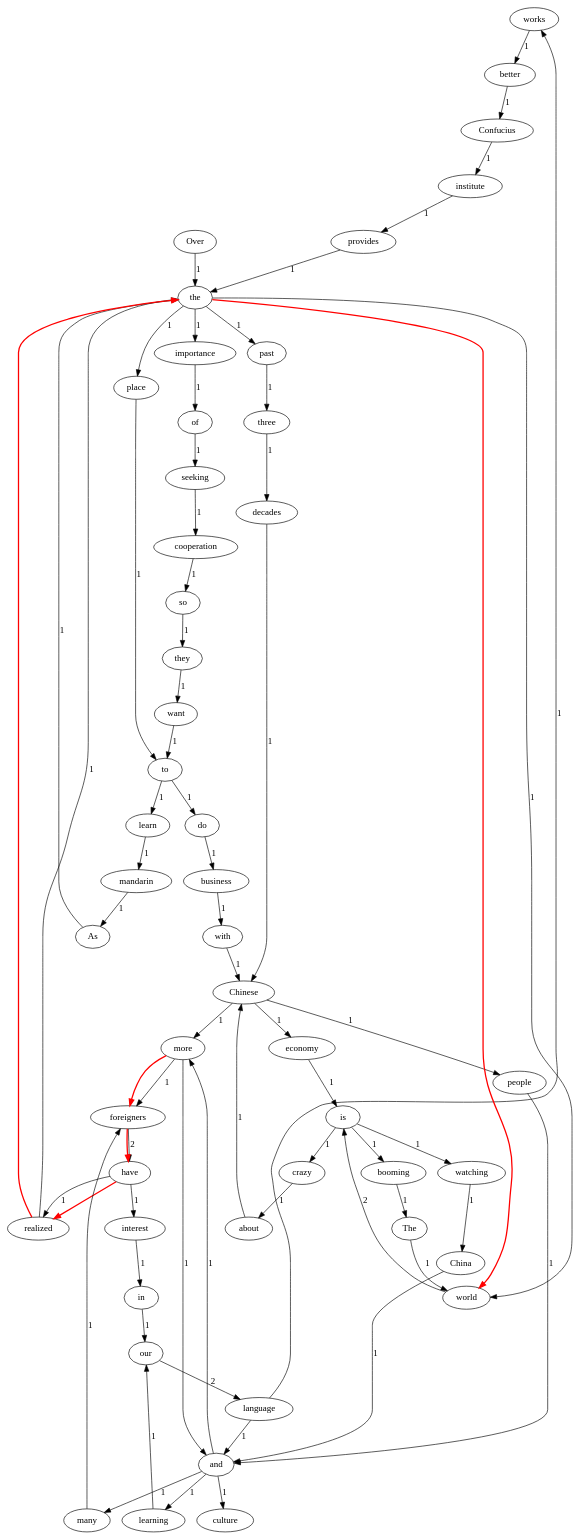
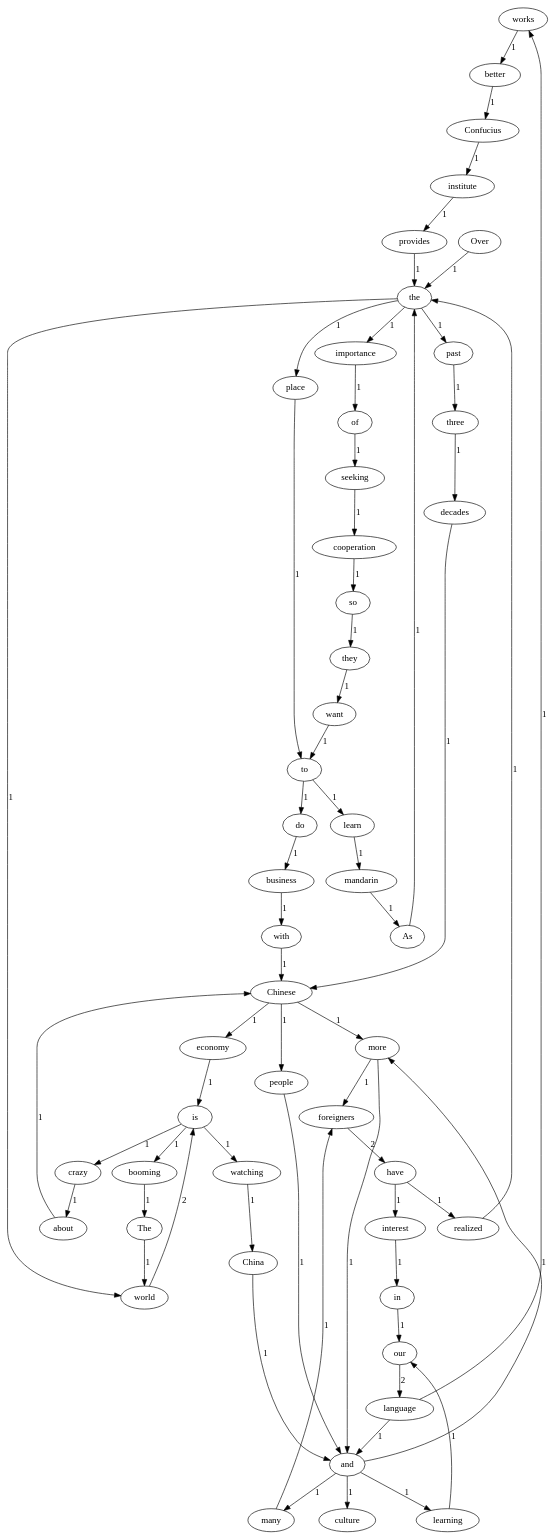
Before and after one commit to mlx111/lab1-2021112715: the diagram in dotsource.dot, drawn with Graphviz. The commit also changed 1 other file, not shown here.

```diff
--- a/dotsource.dot
+++ b/dotsource.dot
@@ -1,7 +1,2 @@
 digraph G {
-works->better[label="1"];foreigners->have[label="2"];importance->of[label="1"];about->Chinese[label="1"];learning->our[label="1"];language->works[label="1"];language->and[label="1"];do->business[label="1"];booming->The[label="1"];three->decades[label="1"];watching->China[label="1"];our->language[label="2"];The->world[label="1"];Over->the[label="1"];As->the[label="1"];world->is[label="2"];Confucius->institute[label="1"];interest->in[label="1"];China->and[label="1"];and->more[label="1"];and->culture[label="1"];and->learning[label="1"];and->many[label="1"];provides->the[label="1"];of->seeking[label="1"];have->interest[label="1"];have->realized[label="1"];place->to[label="1"];so->they[label="1"];they->want[label="1"];cooperation->so[label="1"];mandarin->As[label="1"];business->with[label="1"];learn->mandarin[label="1"];in->our[label="1"];past->three[label="1"];more->foreigners[label="1"];more->and[label="1"];want->to[label="1"];is->crazy[label="1"];is->booming[label="1"];is->watching[label="1"];realized->the[label="1"];economy->is[label="1"];many->foreigners[label="1"];seeking->cooperation[label="1"];people->and[label="1"];the->world[label="1"];the->past[label="1"];the->importance[label="1"];the->place[label="1"];better->Confucius[label="1"];with->Chinese[label="1"];Chinese->more[label="1"];Chinese->economy[label="1"];Chinese->people[label="1"];crazy->about[label="1"];decades->Chinese[label="1"];institute->provides[label="1"];to->learn[label="1"];to->do[label="1"];more->foreigners [color=red, penwidth=2.0]
-foreigners->have [color=red, penwidth=2.0]
-have->realized [color=red, penwidth=2.0]
-realized->the [color=red, penwidth=2.0]
-the->world [color=red, penwidth=2.0]
-}
+works->better[label="1"];foreigners->have[label="2"];importance->of[label="1"];about->Chinese[label="1"];learning->our[label="1"];language->works[label="1"];language->and[label="1"];do->business[label="1"];booming->The[label="1"];three->decades[label="1"];watching->China[label="1"];our->language[label="2"];The->world[label="1"];Over->the[label="1"];As->the[label="1"];world->is[label="2"];Confucius->institute[label="1"];interest->in[label="1"];China->and[label="1"];and->more[label="1"];and->culture[label="1"];and->learning[label="1"];and->many[label="1"];provides->the[label="1"];of->seeking[label="1"];have->interest[label="1"];have->realized[label="1"];place->to[label="1"];so->they[label="1"];they->want[label="1"];cooperation->so[label="1"];mandarin->As[label="1"];business->with[label="1"];learn->mandarin[label="1"];in->our[label="1"];past->three[label="1"];more->foreigners[label="1"];more->and[label="1"];want->to[label="1"];is->crazy[label="1"];is->booming[label="1"];is->watching[label="1"];realized->the[label="1"];economy->is[label="1"];many->foreigners[label="1"];seeking->cooperation[label="1"];people->and[label="1"];the->world[label="1"];the->past[label="1"];the->importance[label="1"];the->place[label="1"];better->Confucius[label="1"];with->Chinese[label="1"];Chinese->more[label="1"];Chinese->economy[label="1"];Chinese->people[label="1"];crazy->about[label="1"];decades->Chinese[label="1"];institute->provides[label="1"];to->learn[label="1"];to->do[label="1"];}
```
